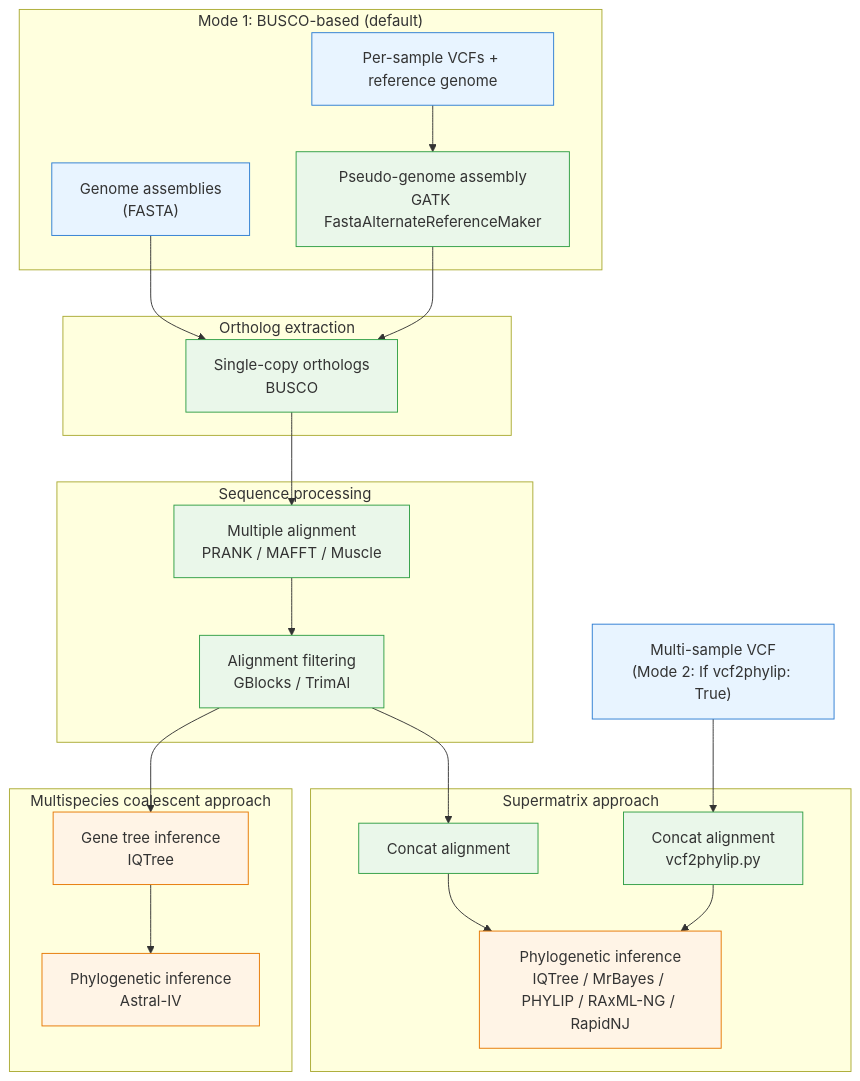
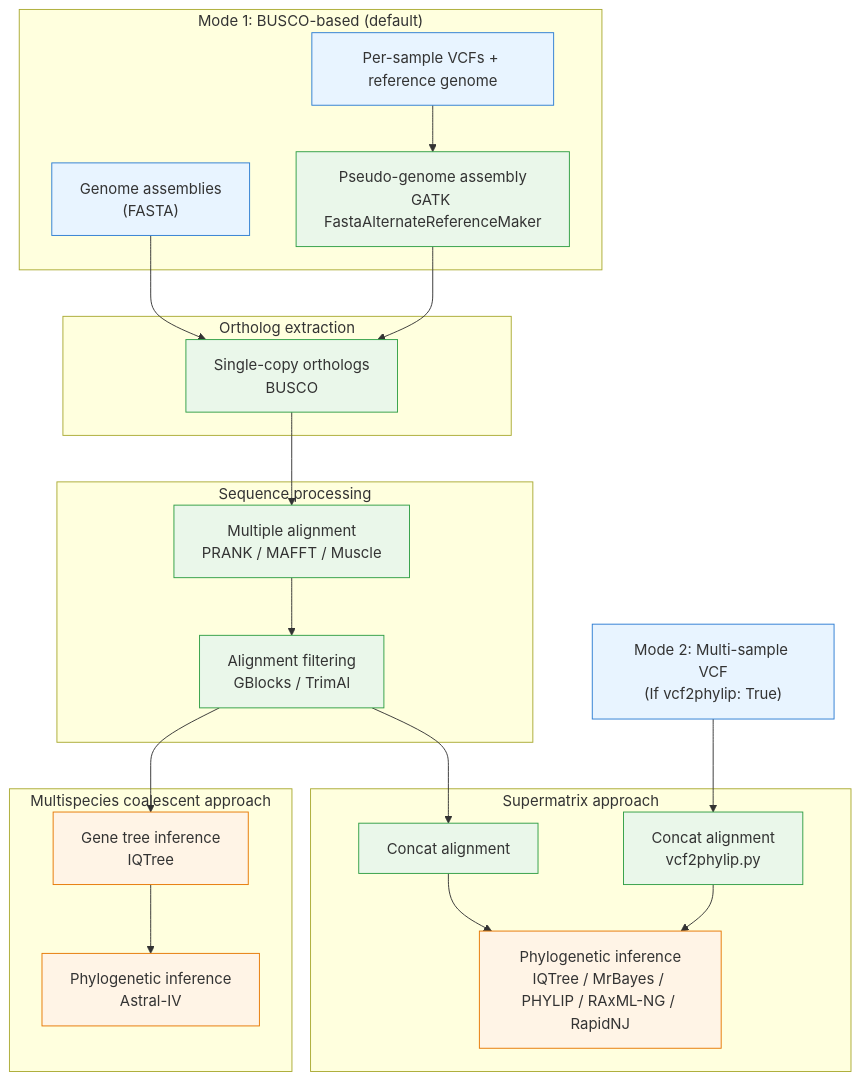
Before and after one commit to tomarovsky/BuscoClade: the diagram in README.md, drawn with Mermaid.

````diff
--- a/README.md
+++ b/README.md
@@ -10,61 +10,61 @@
 ```mermaid
 flowchart TD
 
 %% ----- INPUT -----
 subgraph INPUT["Mode 1: BUSCO-based (default)"]
 A_fa["Genome assemblies<br/>(FASTA)"]
 A_vcf["Per-sample VCFs + reference genome"]
 A_gatk["Pseudo-genome assembly<br/>GATK FastaAlternateReferenceMaker"]
 end
 
 %% ----- BUSCO -----
 subgraph BUSCO["Ortholog extraction"]
 B_busco["Single-copy orthologs<br/>BUSCO"]
 end
 
 %% ----- PREPROCESSING -----
 subgraph PREP["Sequence processing"]
 C_aln["Multiple alignment<br/>PRANK / MAFFT / Muscle"]
 C_flt["Alignment filtering<br/>GBlocks / TrimAl"]
 end
 
 %% ----- TREE APPROACH -----
 subgraph TREE["Multispecies coalescent approach"]
 D_gt["Gene tree inference<br/>IQTree"]
 D_ast["Phylogenetic inference<br/>Astral-IV"]
 end
 
 %% ----- CONCAT -----
 subgraph CONCAT["Supermatrix approach"]
 E_cat["Concat alignment"]
 E_vcf["Concat alignment<br/>vcf2phylip.py"]
 E_phy["Phylogenetic inference<br/>IQTree / MrBayes / PHYLIP / RAxML-NG / RapidNJ"]
 end
 
 %% ----- MODE 2 -----
-M2["Multi-sample VCF<br/>(Mode 2: If vcf2phylip: True)"]
+M2["Mode 2: Multi-sample VCF<br/>(If vcf2phylip: True)"]
 
 %% ----- EDGES: MODE 1 -----
 A_fa --> B_busco
 A_vcf --> A_gatk
 A_gatk --> B_busco
 B_busco --> C_aln
 C_aln --> C_flt
 C_flt --> D_gt
 D_gt --> D_ast
 C_flt --> E_cat
 E_cat --> E_phy
 
 %% ----- EDGES: MODE 2 -----
 M2 --> E_vcf
 E_vcf --> E_phy
 
 %% ----- STYLE -----
 classDef input fill:#e8f4ff,stroke:#2b7cd3,stroke-width:1px
 classDef process fill:#eaf7ea,stroke:#2f9e44,stroke-width:1px
 classDef phylo fill:#fff4e6,stroke:#e67700,stroke-width:1px
 
 class A_fa,A_vcf,M2 input
 class A_gatk,B_busco,C_aln,C_flt,E_cat,E_vcf process
 class D_gt,D_ast,E_phy phylo
 ```
````
